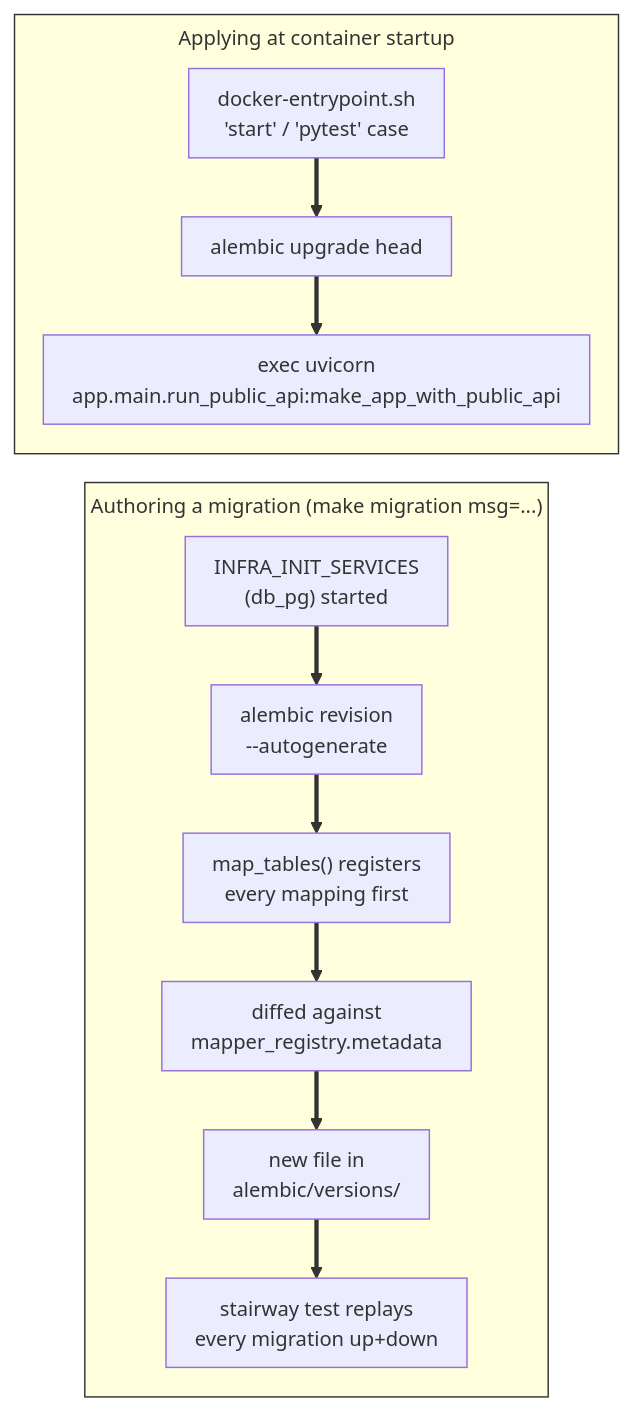
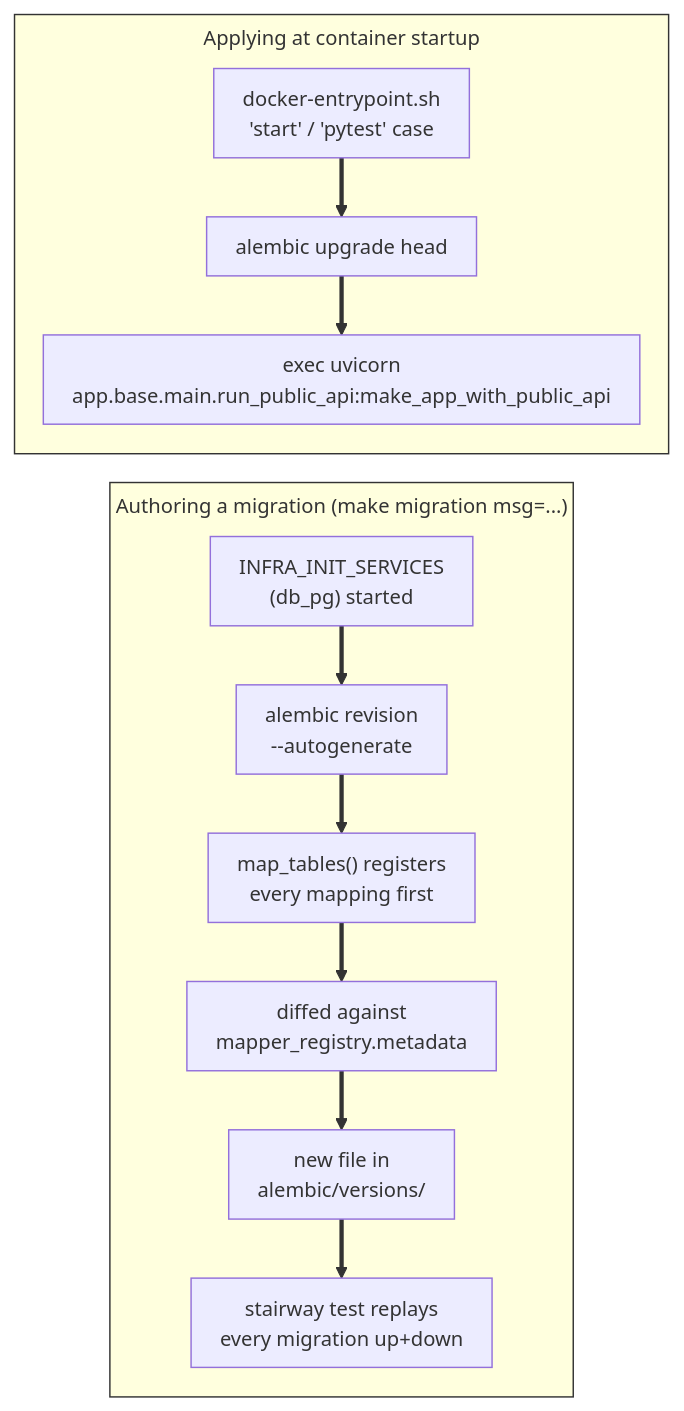
One commit to Kgotso-Koete/fastapi-clean-example changed the second of 2 diagrams in docs/wiki/content/infrastructure-services/database.md. Above: the diagram before and after it, drawn with Mermaid. The commit also changed other lines of this file and 1006 other files, not shown here.

Commit message:
feat(modules): split the app into base, Organizations and Notifications modules, and shared (v0.20.0) (#19)

````diff
--- a/docs/wiki/content/infrastructure-services/database.md
+++ b/docs/wiki/content/infrastructure-services/database.md
@@ -65,20 +65,20 @@
     ```mermaid
     %%{init: {"theme": "default", "themeVariables": {"fontSize": "14px"}, "flowchart": {"nodeSpacing": 20, "rankSpacing": 16, "padding": 10, "subGraphTitleMargin": {"top": 5, "bottom": 12}, "useMaxWidth": false}}}%%
     flowchart LR
         subgraph author["Authoring a migration (make migration msg=...)"]
             infra["INFRA_INIT_SERVICES\n(db_pg) started"] --> autogen["alembic revision\n--autogenerate"]
             autogen --> maptables1["map_tables() registers\nevery mapping first"]
             maptables1 --> diff["diffed against\nmapper_registry.metadata"]
             diff --> versionfile["new file in\nalembic/versions/"]
             versionfile --> stairway["stairway test replays\nevery migration up+down"]
         end
 
         subgraph apply["Applying at container startup"]
             entrypoint["docker-entrypoint.sh\n'start' / 'pytest' case"] --> upgrade["alembic upgrade head"]
-            upgrade --> uvicorn["exec uvicorn\napp.main.run_public_api:make_app_with_public_api"]
+            upgrade --> uvicorn["exec uvicorn\napp.base.main.run_public_api:make_app_with_public_api"]
         end
 
         linkStyle default stroke-width:3px,stroke:#333333
         style author stroke-width:1px,stroke:#333333
         style apply stroke-width:1px,stroke:#333333
     ```
````
